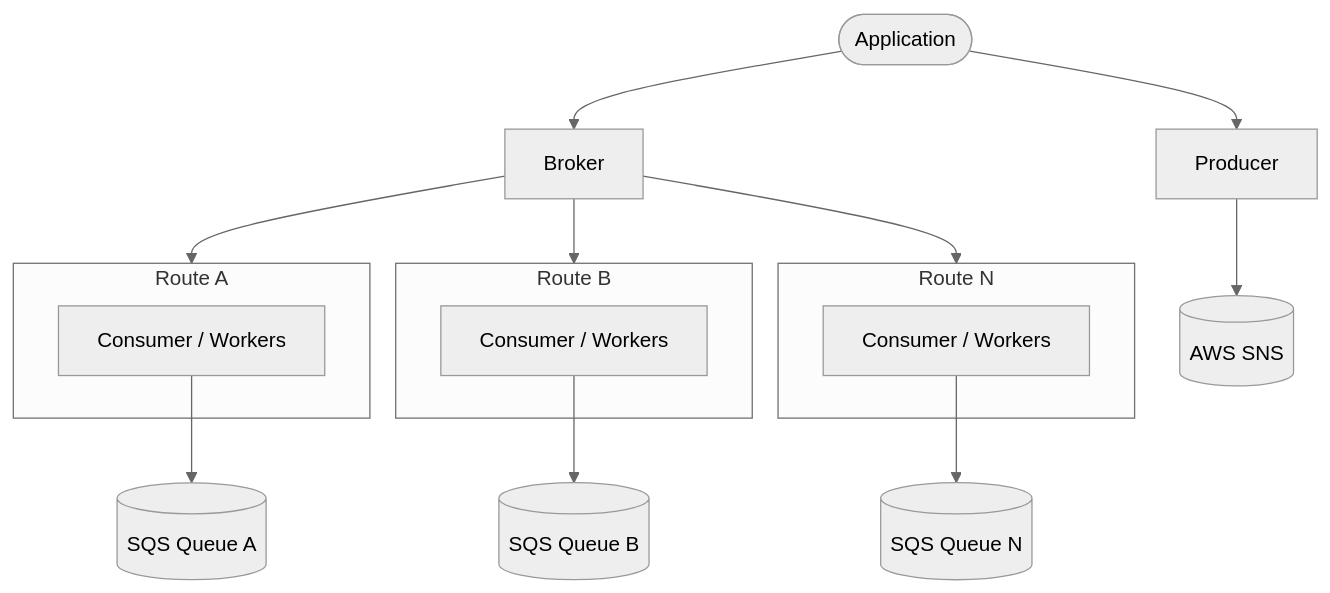
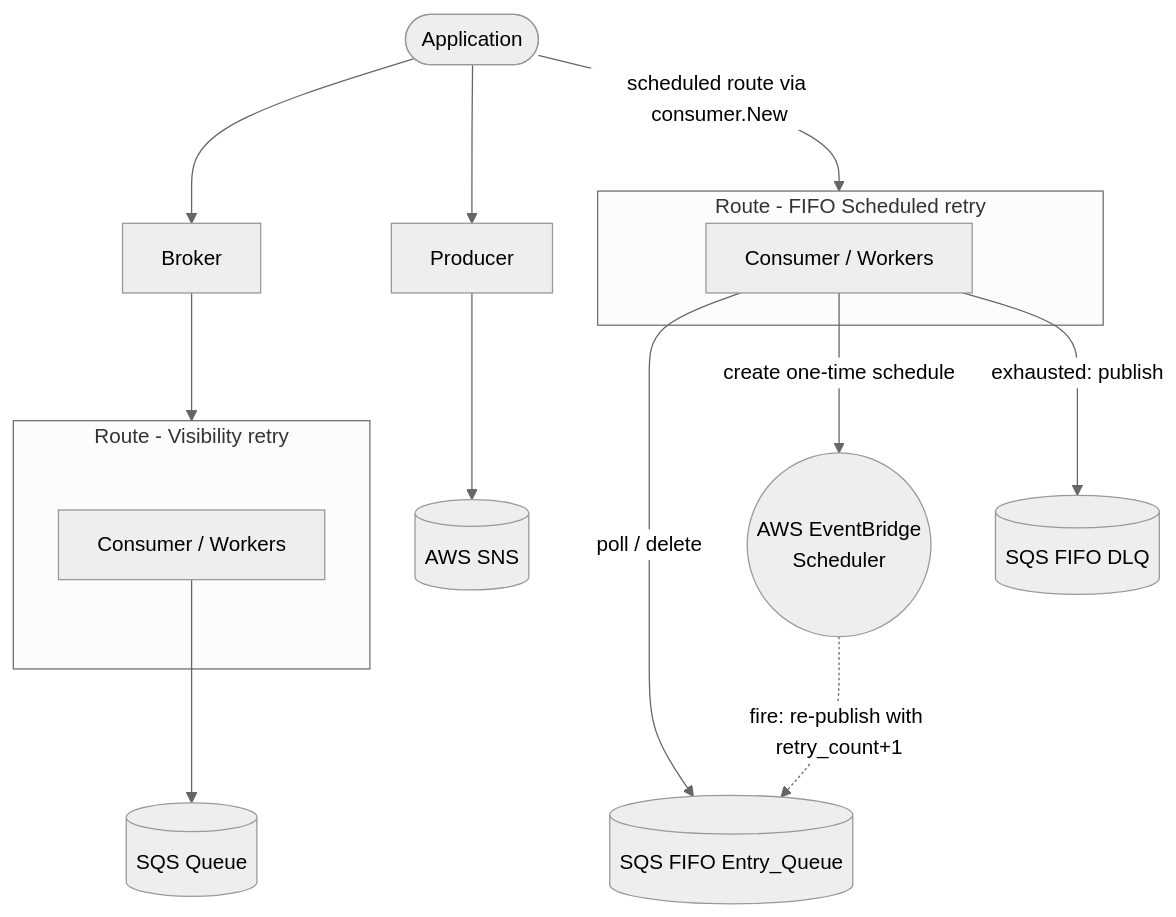
One commit to silviolleite/loafer-awsx changed the second of 3 diagrams in README.md. Above: the diagram before and after it, drawn with Mermaid (neutral theme). The commit also changed other lines of this file, not shown here.

First line of the commit message:
docs: document client constructors for SQS, SNS, and scheduler

````diff
--- a/README.md
+++ b/README.md
@@ -72,35 +77,32 @@
 ```mermaid
 flowchart TB
     app([Application])
     broker[Broker]
+    producer[Producer]
 
-    subgraph routeA[Route A]
-        consumerA[Consumer / Workers]
+    subgraph routeStd[Route - Visibility retry]
+        consumerStd[Consumer / Workers]
     end
-    subgraph routeB[Route B]
-        consumerB[Consumer / Workers]
-    end
-    subgraph routeN[Route N]
-        consumerN[Consumer / Workers]
+    subgraph routeFifo[Route - FIFO Scheduled retry]
+        consumerFifo[Consumer / Workers]
     end
 
-    sqsA[(SQS Queue A)]
-    sqsB[(SQS Queue B)]
-    sqsN[(SQS Queue N)]
-
-    producer[Producer]
+    sqsStd[(SQS Queue)]
+    sqsEntry[(SQS FIFO Entry_Queue)]
+    dlq[(SQS FIFO DLQ)]
     sns[(AWS SNS)]
+    ebs((AWS EventBridge<br/>Scheduler))
 
     app --> broker
     app --> producer
+    broker --> routeStd
+    consumerStd --> sqsStd
 
-    broker --> routeA
-    broker --> routeB
-    broker --> routeN
-
-    consumerA --> sqsA
-    consumerB --> sqsB
-    consumerN --> sqsN
+    app -->|scheduled route via consumer.New| routeFifo
+    consumerFifo -->|poll / delete| sqsEntry
+    consumerFifo -->|create one-time schedule| ebs
+    ebs -.->|fire: re-publish with retry_count+1| sqsEntry
+    consumerFifo -->|exhausted: publish| dlq
 
     producer --> sns
 ```
````
